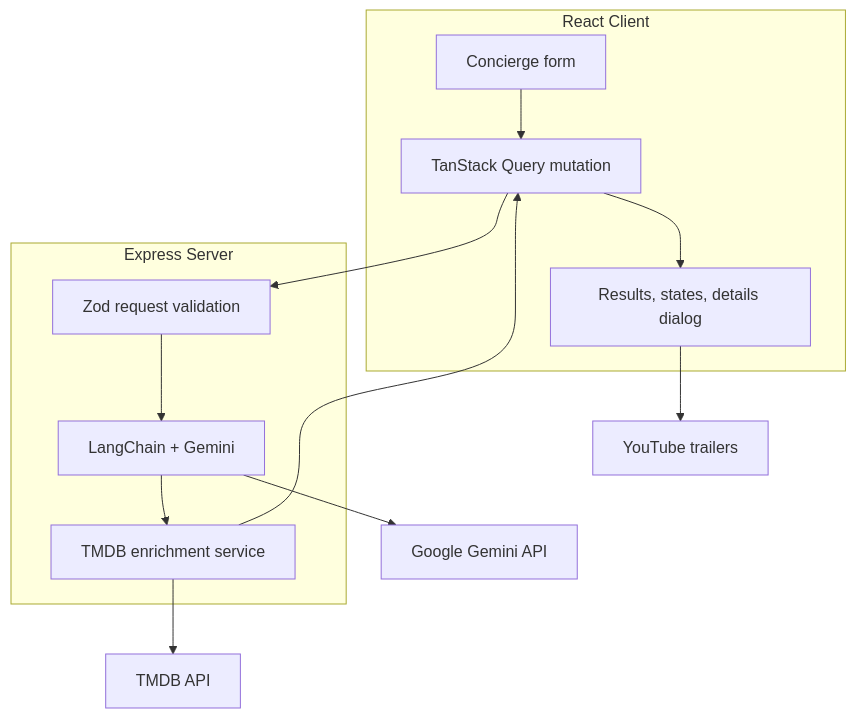
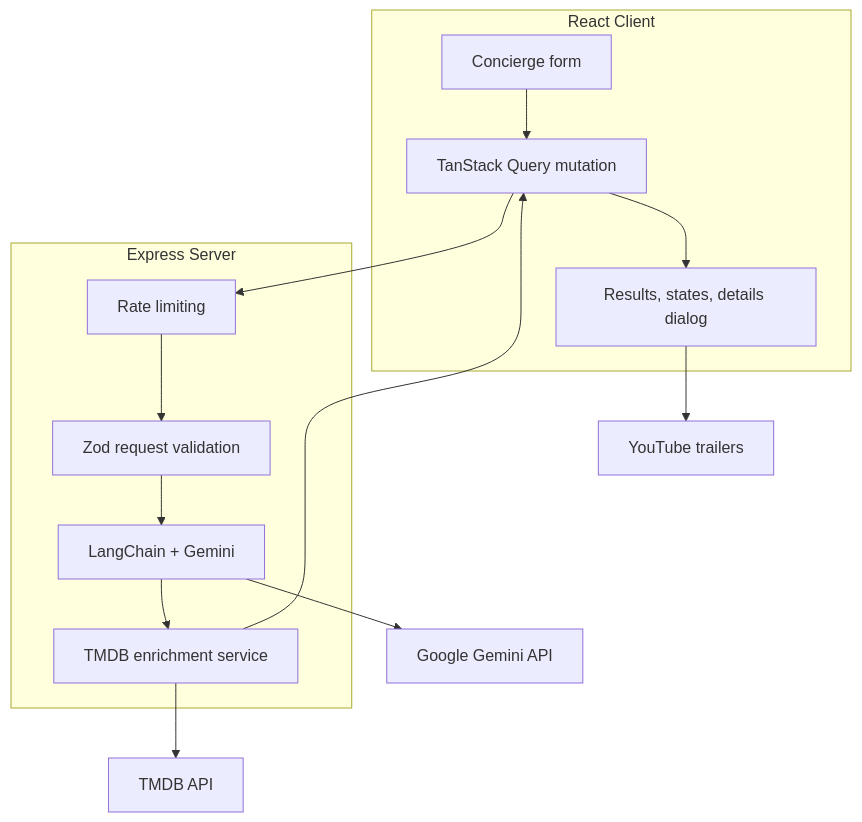
Before and after one commit to Eliya25/lumiere-ai-movie-concierge: the second of 2 diagrams in README.md, drawn with Mermaid. The commit also changed other lines of this file and 13 other files, not shown here.

Commit message:
Add rate limiting and bounded API caching

````diff
--- a/README.md
+++ b/README.md
@@ -55,24 +56,25 @@
 ```mermaid
 flowchart TB
     subgraph Client[React Client]
         Form[Concierge form]
         Query[TanStack Query mutation]
         Results[Results, states, details dialog]
     end
 
     subgraph Server[Express Server]
+        Protection[Rate limiting]
         Validation[Zod request validation]
         Chain[LangChain + Gemini]
         Enrichment[TMDB enrichment service]
     end
 
     Gemini[Google Gemini API]
     TMDB[TMDB API]
     YouTube[YouTube trailers]
 
-    Form --> Query --> Validation
+    Form --> Query --> Protection --> Validation
     Validation --> Chain --> Gemini
     Chain --> Enrichment --> TMDB
     Enrichment --> Query --> Results
     Results --> YouTube
 ```
````
